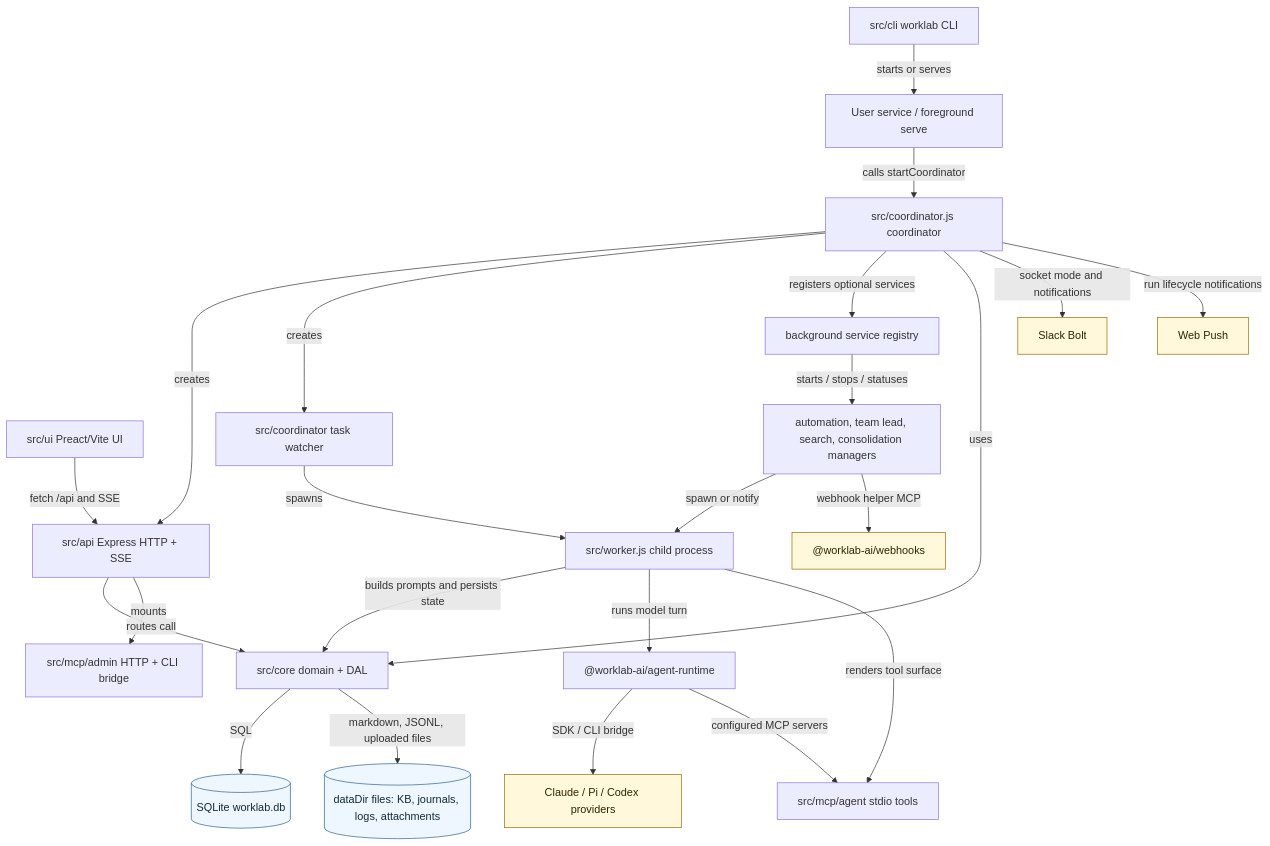
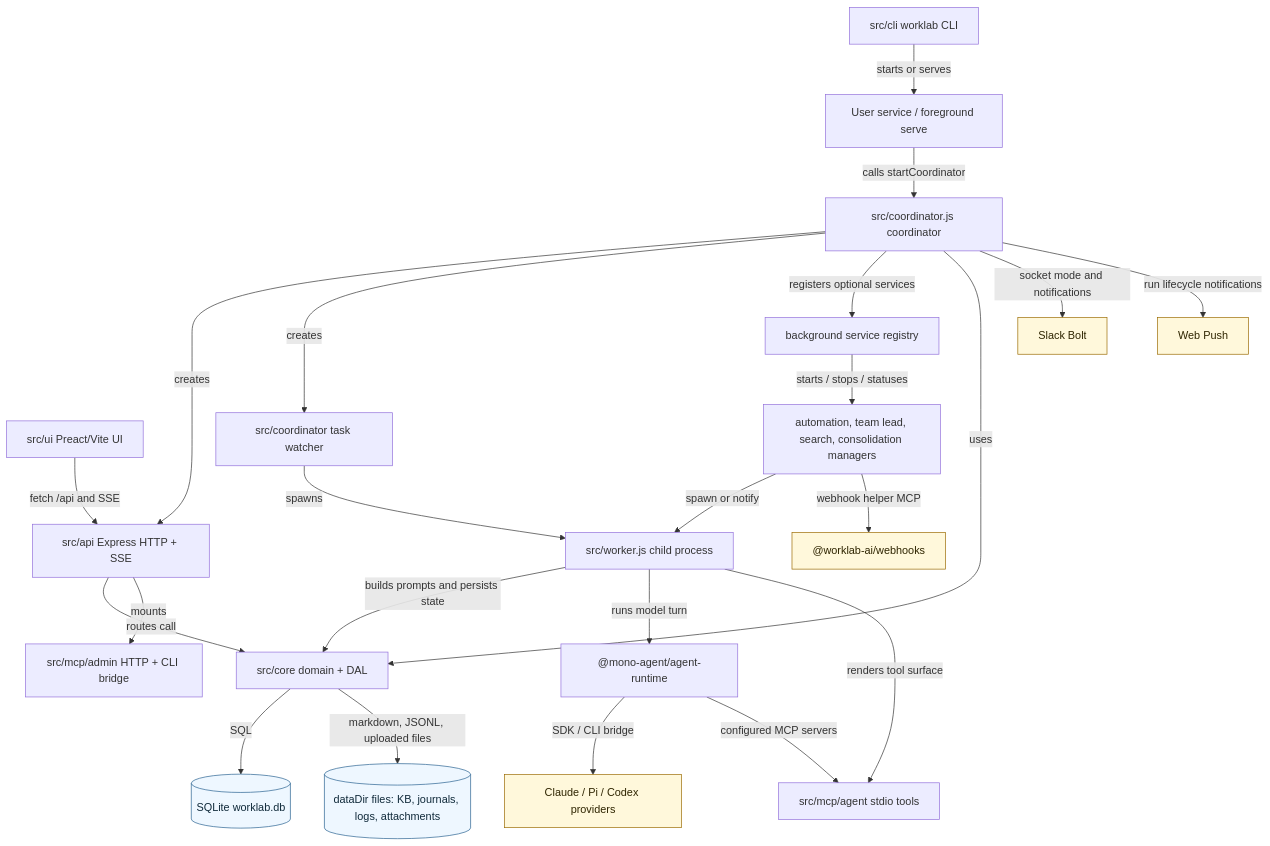
Before and after one commit to robertsreberski/worklab: the first of 11 diagrams in docs/ARCHITECTURE.md, drawn with Mermaid. The commit also changed other lines of this file and 135 other files, not shown here.

First line of the commit message:
Consume @mono-agent/agent-runtime (#4)

````diff
--- a/docs/ARCHITECTURE.md
+++ b/docs/ARCHITECTURE.md
@@ -13,50 +13,50 @@
 ```mermaid
 flowchart TD
   CLI["src/cli worklab CLI"]
   Service["User service / foreground serve"]
   Coordinator["src/coordinator.js coordinator"]
   API["src/api Express HTTP + SSE"]
   UI["src/ui Preact/Vite UI"]
   Core["src/core domain + DAL"]
   DB[("SQLite worklab.db")]
   DataFiles[("dataDir files: KB, journals, logs, attachments")]
   Watcher["src/coordinator task watcher"]
   ServiceRegistry["background service registry"]
   Managers["automation, team lead, search, consolidation managers"]
   Worker["src/worker.js child process"]
-  Runtime["@worklab-ai/agent-runtime"]
+  Runtime["@mono-agent/agent-runtime"]
   AgentMCP["src/mcp/agent stdio tools"]
   AdminMCP["src/mcp/admin HTTP + CLI bridge"]
   Webhooks["@worklab-ai/webhooks"]
   Slack["Slack Bolt"]
   Push["Web Push"]
   Providers["Claude / Pi / Codex providers"]
 
   CLI -->|"starts or serves"| Service
   Service -->|"calls startCoordinator"| Coordinator
   Coordinator -->|"creates"| API
   Coordinator -->|"creates"| Watcher
   Coordinator -->|"registers optional services"| ServiceRegistry
   ServiceRegistry -->|"starts / stops / statuses"| Managers
   Coordinator -->|"uses"| Core
   API -->|"routes call"| Core
   API -->|"mounts"| AdminMCP
   UI -->|"fetch /api and SSE"| API
   Watcher -->|"spawns"| Worker
   Managers -->|"spawn or notify"| Worker
   Worker -->|"builds prompts and persists state"| Core
   Worker -->|"runs model turn"| Runtime
   Worker -->|"renders tool surface"| AgentMCP
   Core -->|"SQL"| DB
   Core -->|"markdown, JSONL, uploaded files"| DataFiles
   Runtime -->|"SDK / CLI bridge"| Providers
   Runtime -->|"configured MCP servers"| AgentMCP
   Managers -->|"webhook helper MCP"| Webhooks
   Coordinator -->|"socket mode and notifications"| Slack
   Coordinator -->|"run lifecycle notifications"| Push
 
   classDef external fill:#fff8db,stroke:#9a6a00,color:#2f2500
   classDef store fill:#eef7ff,stroke:#27618f,color:#102a3a
   class DB,DataFiles store
   class Slack,Push,Providers,Webhooks external
 ```
````
